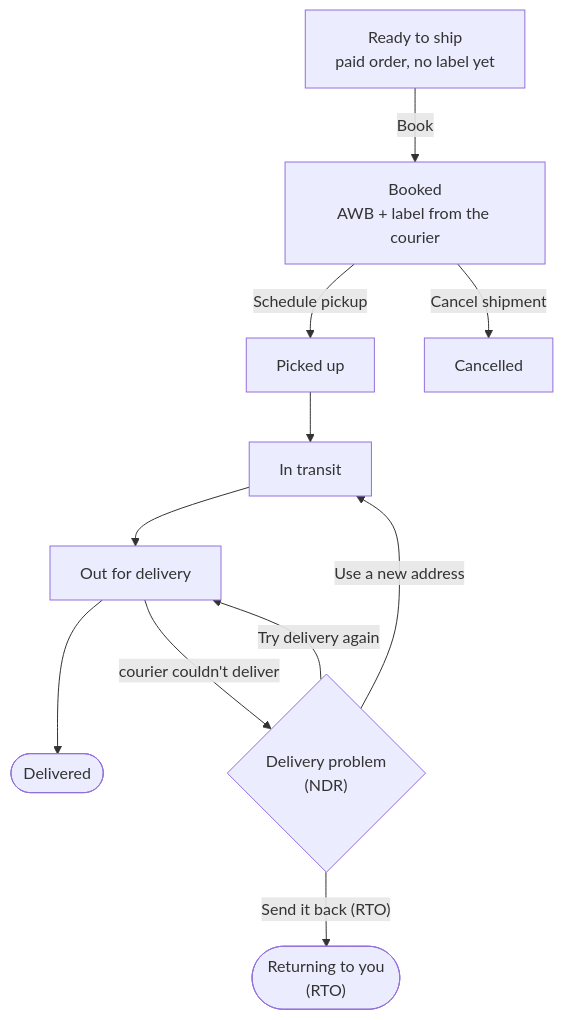
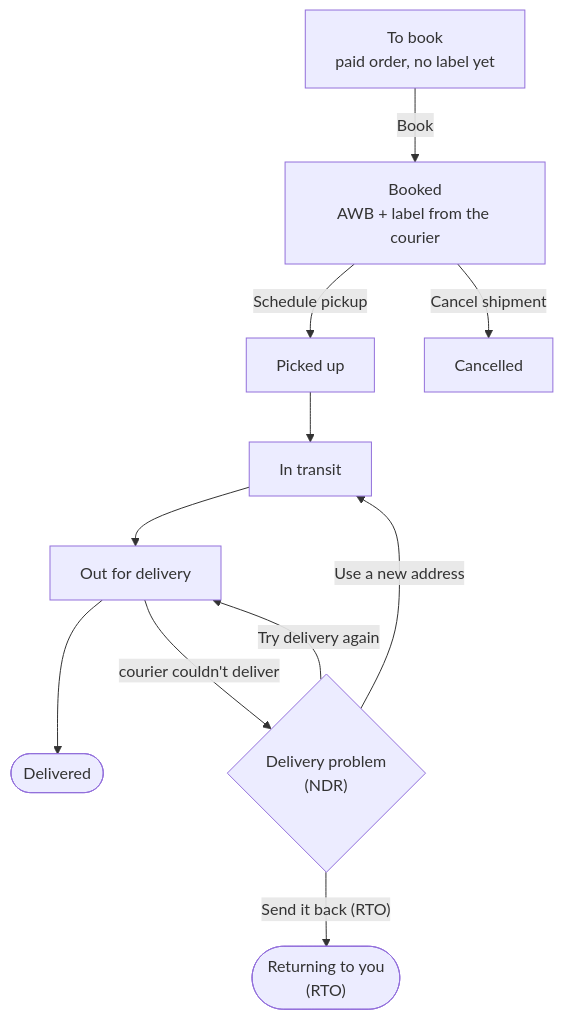
One commit to Viora-Tech/e-commerce changed the diagram in apps/docs/content/merchant-guide/selling/shipments.mdx. Above: the diagram before and after it, drawn with Mermaid. The commit also changed other lines of this file and 21 other files, not shown here.

````diff
--- a/apps/docs/content/merchant-guide/selling/shipments.mdx
+++ b/apps/docs/content/merchant-guide/selling/shipments.mdx
@@ -29,13 +30,13 @@
 ```mermaid
 flowchart TD
-  ready["Ready to ship<br/>paid order, no label yet"] -->|Book| booked["Booked<br/>AWB + label from the courier"]
+  ready["To book<br/>paid order, no label yet"] -->|Book| booked["Booked<br/>AWB + label from the courier"]
   booked -->|Schedule pickup| picked["Picked up"]
   booked -->|Cancel shipment| cancelled["Cancelled"]
   picked --> transit["In transit"]
   transit --> ofd["Out for delivery"]
   ofd --> delivered(["Delivered"])
   ofd -->|courier couldn't deliver| ndr{"Delivery problem<br/>(NDR)"}
   ndr -->|Try delivery again| ofd
   ndr -->|Use a new address| transit
   ndr -->|"Send it back (RTO)"| rto(["Returning to you<br/>(RTO)"])
 ```
````
